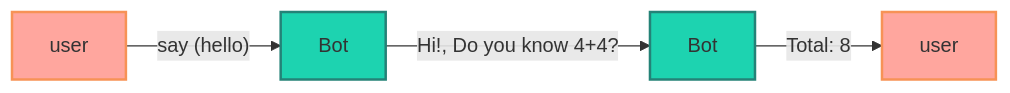
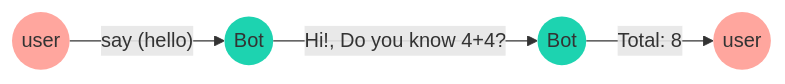
One commit to codigoencasa/documentation changed the second of 2 diagrams in src/pages/add-functions.mdx. Above: the diagram before and after it, drawn with Mermaid. The commit also changed other lines of this file and 1 other file, not shown here.

Commit message:
docs: flowChart

````diff
--- a/src/pages/add-functions.mdx
+++ b/src/pages/add-functions.mdx
@@ -199,8 +210,8 @@
 ```mermaid
 flowchart LR
-   id1["user"] -- say (hello) -->  id2["Bot"] -- Hi!, Do you know 4+4? --> id3["Bot"]  -- Total: 8 --> id4["user"]
-   style id1 fill:#ffa69e,stroke:#f79256,stroke-width:2px
-   style id2 fill:#1dd3b0,stroke:#248277,stroke-width:2px
-   style id3 fill:#1dd3b0,stroke:#248277,stroke-width:2px
-   style id4 fill:#ffa69e,stroke:#f79256,stroke-width:2px
+   id1(("user")) -- say (hello) -->  id2(("Bot")) -- Hi!, Do you know 4+4? --> id3(("Bot"))  -- Total: 8 --> id4(("user"))
+   style id1 fill:#ffa69e,stroke:#f79256,stroke-width:0px
+   style id2 fill:#1dd3b0,stroke:#248277,stroke-width:0px
+   style id3 fill:#1dd3b0,stroke:#248277,stroke-width:0px
+   style id4 fill:#ffa69e,stroke:#f79256,stroke-width:0px
 ```
````
